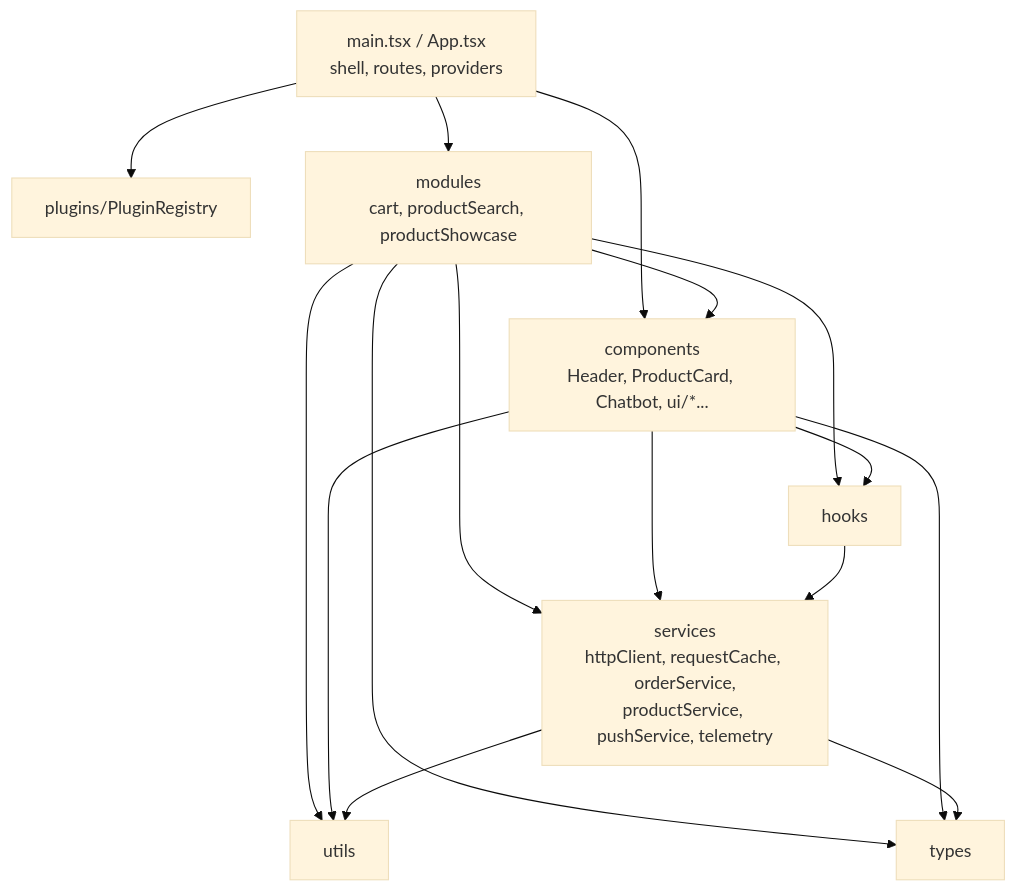
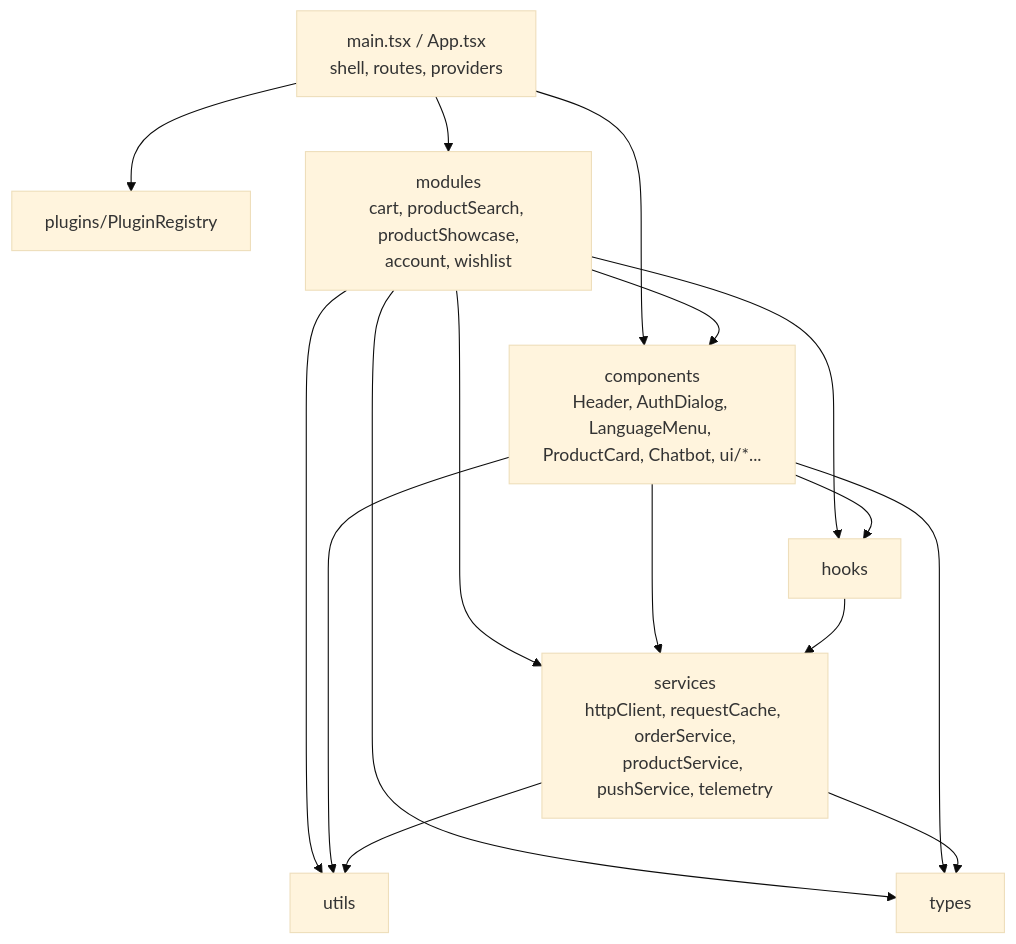
Before and after one commit to zshaikhNagarro/rimss-app: the third of 8 diagrams in docs/ARCHITECTURE.md, drawn with Mermaid (base theme). The commit also changed other lines of this file and 126 other files, not shown here.

````diff
--- a/docs/ARCHITECTURE.md
+++ b/docs/ARCHITECTURE.md
@@ -44,27 +44,27 @@
 ```mermaid
 flowchart TD
   main[main.tsx / App.tsx<br/>shell, routes, providers]
   registry[plugins/PluginRegistry]
-  modules[modules<br/>cart, productSearch, productShowcase]
-  components[components<br/>Header, ProductCard, Chatbot, ui/*...]
+  modules[modules<br/>cart, productSearch, productShowcase,<br/>account, wishlist]
+  components[components<br/>Header, AuthDialog, LanguageMenu, ProductCard, Chatbot, ui/*...]
   hooks[hooks]
   services[services<br/>httpClient, requestCache, orderService,<br/>productService, pushService, telemetry]
   utils[utils]
   types[types]
 
   main --> registry
   main --> modules
   main --> components
   modules --> components
   modules --> hooks
   modules --> services
   modules --> utils
   modules --> types
   components --> hooks
   components --> services
   components --> utils
   components --> types
   services --> utils
   services --> types
   hooks --> services
 ```
````
